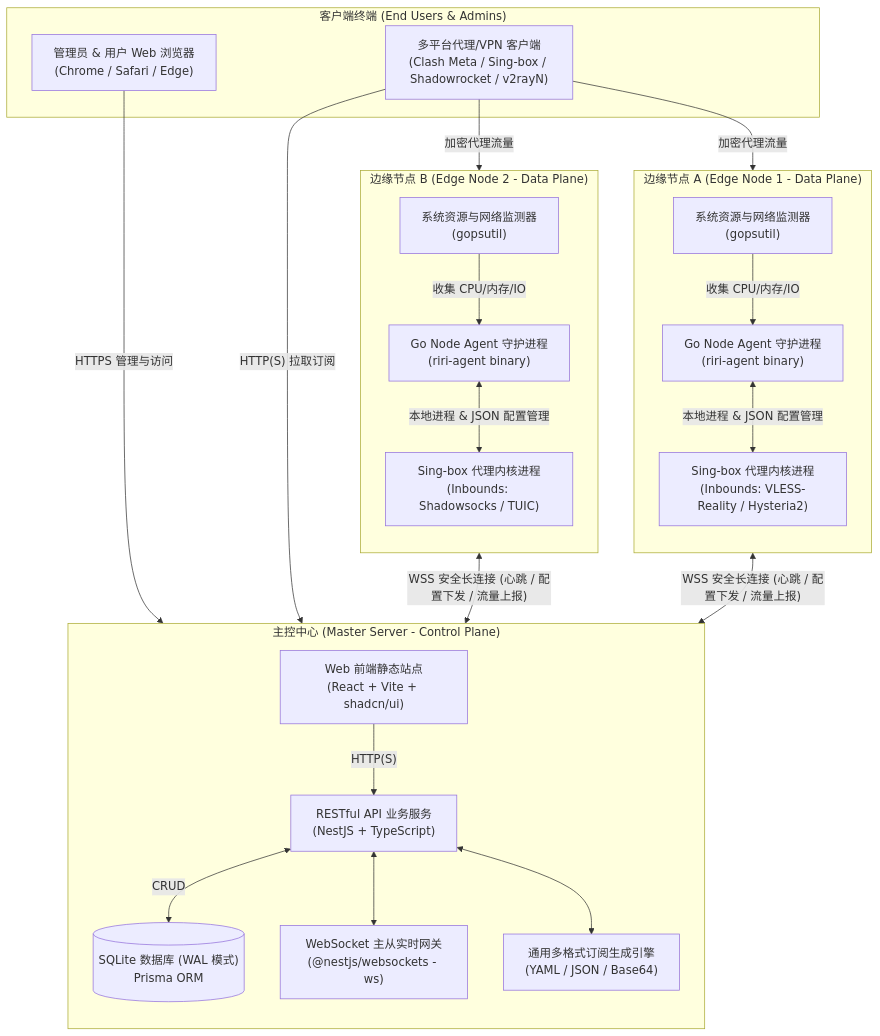
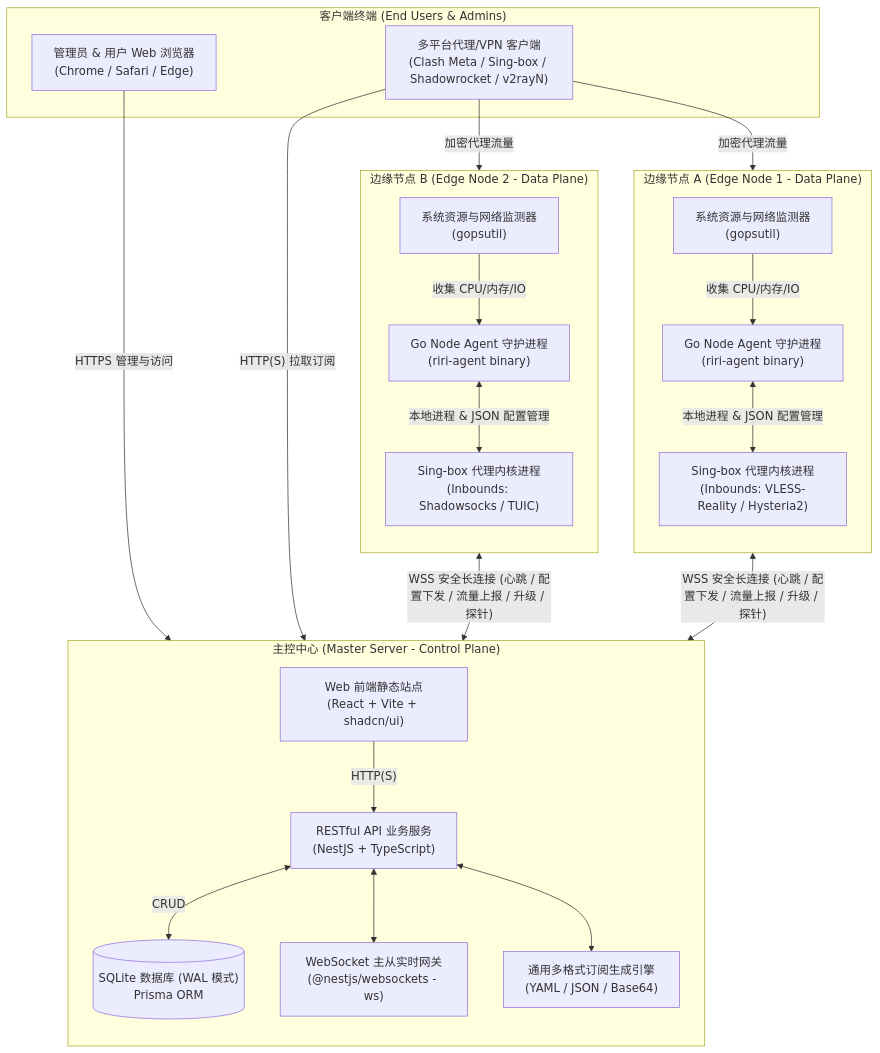
Before and after one commit to Nanako660/riricloud: the first of 5 diagrams in docs/ARCHITECTURE.md, drawn with Mermaid. The commit also changed other lines of this file and 82 other files, not shown here.

````diff
--- a/docs/ARCHITECTURE.md
+++ b/docs/ARCHITECTURE.md
@@ -7,49 +7,49 @@
 ```mermaid
 graph TB
     subgraph "客户端终端 (End Users & Admins)"
         UserBrowser["管理员 & 用户 Web 浏览器<br/>(Chrome / Safari / Edge)"]
         VpnClients["多平台代理/VPN 客户端<br/>(Clash Meta / Sing-box / Shadowrocket / v2rayN)"]
     end
 
     subgraph "主控中心 (Master Server - Control Plane)"
         direction TB
         FrontendUI["Web 前端静态站点<br/>(React + Vite + shadcn/ui)"]
         APIServer["RESTful API 业务服务<br/>(NestJS + TypeScript)"]
         WSGateway["WebSocket 主从实时网关<br/>(@nestjs/websockets - ws)"]
         SubscriptionEngine["通用多格式订阅生成引擎<br/>(YAML / JSON / Base64)"]
         SQLiteDB[("SQLite 数据库 (WAL 模式)<br/>Prisma ORM")]
         
         FrontendUI -->|"HTTP(S)"| APIServer
         APIServer <-->|"CRUD"| SQLiteDB
         APIServer <--> WSGateway
         APIServer <--> SubscriptionEngine
     end
 
     subgraph "边缘节点 A (Edge Node 1 - Data Plane)"
         direction TB
         AgentA["Go Node Agent 守护进程<br/>(riri-agent binary)"]
         SingboxA["Sing-box 代理内核进程<br/>(Inbounds: VLESS-Reality / Hysteria2)"]
         SystemMonitorA["系统资源与网络监测器<br/>(gopsutil)"]
 
         AgentA <-->|"本地进程 & JSON 配置管理"| SingboxA
         SystemMonitorA -->|"收集 CPU/内存/IO"| AgentA
     end
 
     subgraph "边缘节点 B (Edge Node 2 - Data Plane)"
         direction TB
         AgentB["Go Node Agent 守护进程<br/>(riri-agent binary)"]
         SingboxB["Sing-box 代理内核进程<br/>(Inbounds: Shadowsocks / TUIC)"]
         SystemMonitorB["系统资源与网络监测器<br/>(gopsutil)"]
 
         AgentB <-->|"本地进程 & JSON 配置管理"| SingboxB
         SystemMonitorB -->|"收集 CPU/内存/IO"| AgentB
     end
 
     UserBrowser -->|"HTTPS 管理与访问"| FrontendUI
     VpnClients -->|"HTTP(S) 拉取订阅"| SubscriptionEngine
     VpnClients -->|"加密代理流量"| SingboxA
     VpnClients -->|"加密代理流量"| SingboxB
 
-    AgentA <-->|"WSS 安全长连接 (心跳 / 配置下发 / 流量上报)"| WSGateway
-    AgentB <-->|"WSS 安全长连接 (心跳 / 配置下发 / 流量上报)"| WSGateway
+    AgentA <-->|"WSS 安全长连接 (心跳 / 配置下发 / 流量上报 / 升级 / 探针)"| WSGateway
+    AgentB <-->|"WSS 安全长连接 (心跳 / 配置下发 / 流量上报 / 升级 / 探针)"| WSGateway
 ```
````
